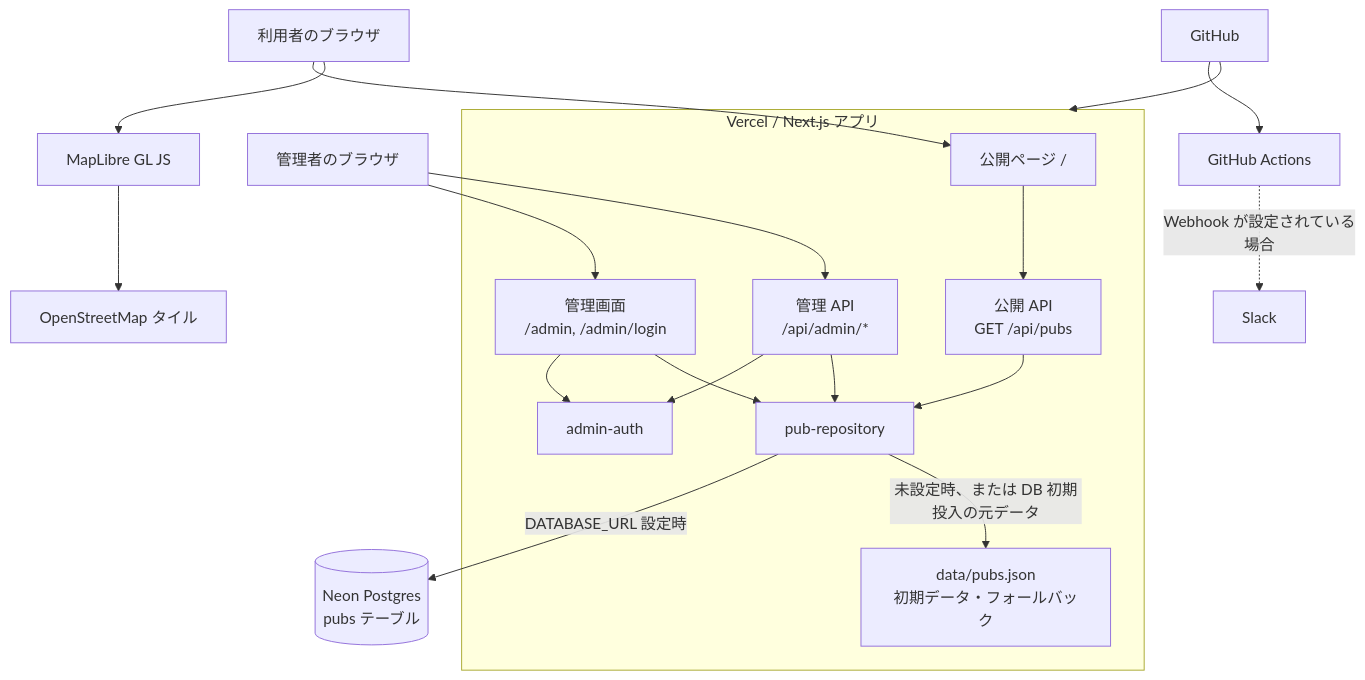
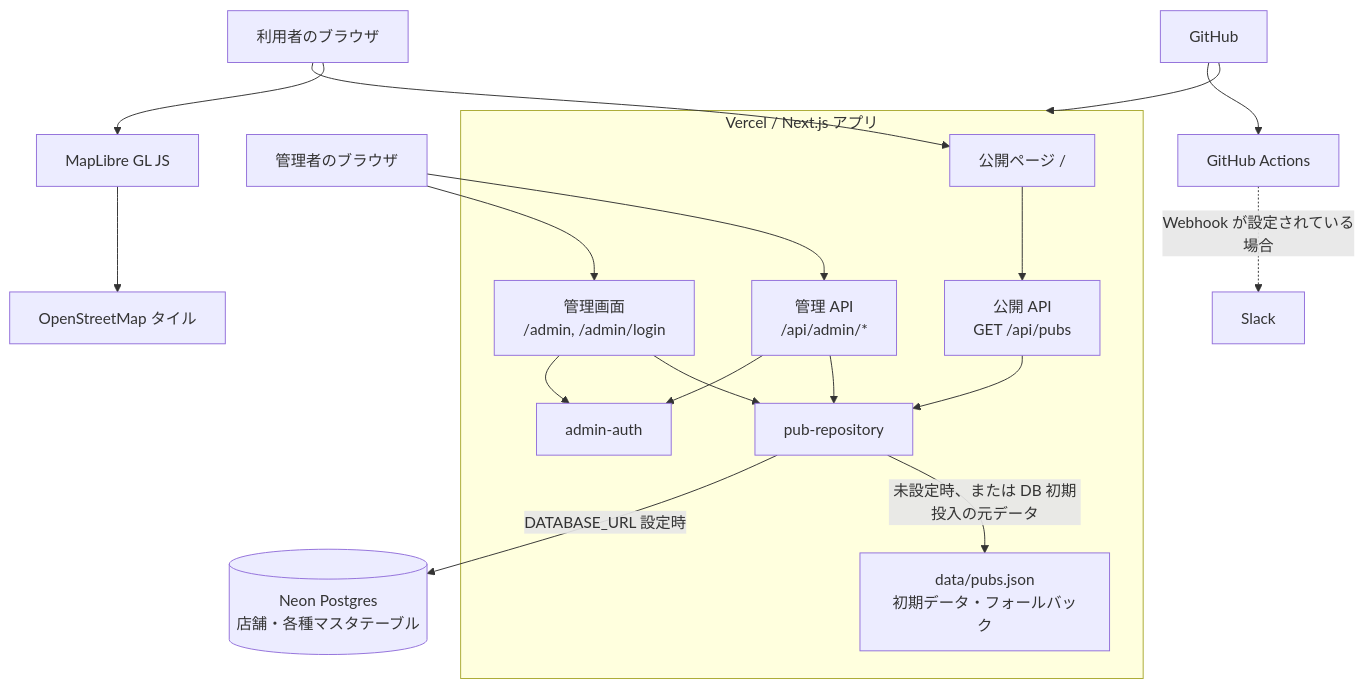
One commit to yusukefr/irishpub-map changed the diagram in docs/architecture/system-overview.md. Above: the diagram before and after it, drawn with Mermaid. The commit also changed other lines of this file and 25 other files, not shown here.

````diff
--- a/docs/architecture/system-overview.md
+++ b/docs/architecture/system-overview.md
@@ -7,42 +7,42 @@
 ```mermaid
 flowchart TB
   visitor[利用者のブラウザ]
   administrator[管理者のブラウザ]
   maplibre[MapLibre GL JS]
   osm[OpenStreetMap タイル]
   github[GitHub]
   actions[GitHub Actions]
   slack[Slack]
 
   subgraph vercel[Vercel / Next.js アプリ]
     publicPage["公開ページ /"]
     publicApi["公開 API<br/>GET /api/pubs"]
     adminPage["管理画面<br/>/admin, /admin/login"]
     adminApi["管理 API<br/>/api/admin/*"]
     auth[admin-auth]
     repository[pub-repository]
     staticData["data/pubs.json<br/>初期データ・フォールバック"]
   end
 
-  neon[(Neon Postgres<br/>pubs テーブル)]
+  neon[(Neon Postgres<br/>店舗・各種マスタテーブル)]
 
   visitor --> publicPage
   publicPage --> publicApi
   publicApi --> repository
   visitor --> maplibre
   maplibre --> osm
 
   administrator --> adminPage
   administrator --> adminApi
   adminPage --> auth
   adminPage --> repository
   adminApi --> auth
   adminApi --> repository
 
   repository -->|"DATABASE_URL 設定時"| neon
   repository -->|"未設定時、または DB 初期投入の元データ"| staticData
 
   github --> actions
   github --> vercel
   actions -.->|"Webhook が設定されている場合"| slack
 ```
````
